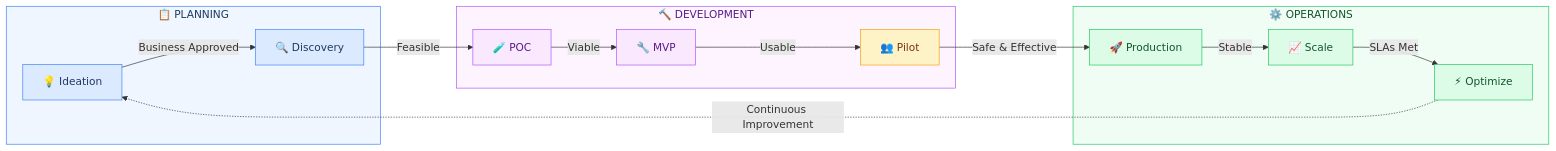
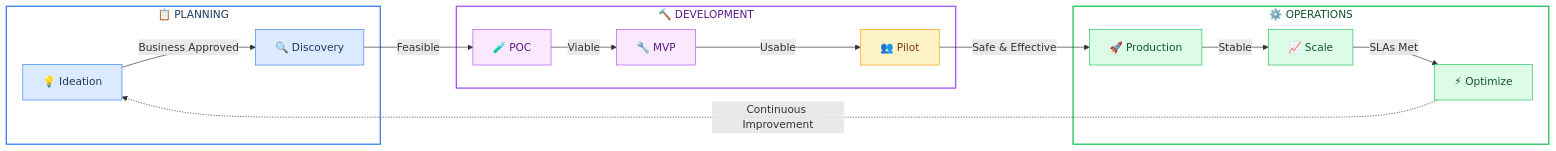
One commit to asq-sheriff/AI-Production-Checklist changed the first of 2 diagrams in README.md. Above: the diagram before and after it, drawn with Mermaid.

Commit message:
Make phase backgrounds transparent with visible borders
- Set fill:transparent for Planning, Development, Operations subgraphs
- Keep colored borders (blue, purple, green) with 2px stroke width
- Improves readability while maintaining visual grouping

🤖 Generated with [Claude Code](https://claude.com/claude-code)

````diff
--- a/README.md
+++ b/README.md
@@ -150,41 +150,41 @@
 ```mermaid
 flowchart LR
     subgraph Planning["📋 PLANNING"]
         S1[💡 Ideation]
         S2[🔍 Discovery]
     end
 
     subgraph Development["🔨 DEVELOPMENT"]
         S3[🧪 POC]
         S4[🔧 MVP]
         S5[👥 Pilot]
     end
 
     subgraph Operations["⚙️ OPERATIONS"]
         S6[🚀 Production]
         S7[📈 Scale]
         S8[⚡ Optimize]
     end
 
     S1 -->|Business Approved| S2
     S2 -->|Feasible| S3
     S3 -->|Viable| S4
     S4 -->|Usable| S5
     S5 -->|Safe & Effective| S6
     S6 -->|Stable| S7
     S7 -->|SLAs Met| S8
     S8 -.->|Continuous Improvement| S1
 
     style S1 fill:#dbeafe,stroke:#3b82f6,color:#1e3a5f
     style S2 fill:#dbeafe,stroke:#3b82f6,color:#1e3a5f
     style S3 fill:#fae8ff,stroke:#a855f7,color:#581c87
     style S4 fill:#fae8ff,stroke:#a855f7,color:#581c87
     style S5 fill:#fef3c7,stroke:#f59e0b,color:#78350f
     style S6 fill:#dcfce7,stroke:#22c55e,color:#14532d
     style S7 fill:#dcfce7,stroke:#22c55e,color:#14532d
     style S8 fill:#dcfce7,stroke:#22c55e,color:#14532d
 
-    style Planning fill:#eff6ff,stroke:#3b82f6,color:#1e3a5f
-    style Development fill:#fdf4ff,stroke:#a855f7,color:#581c87
-    style Operations fill:#f0fdf4,stroke:#22c55e,color:#14532d
+    style Planning fill:transparent,stroke:#3b82f6,stroke-width:2px,color:#1e3a5f
+    style Development fill:transparent,stroke:#a855f7,stroke-width:2px,color:#581c87
+    style Operations fill:transparent,stroke:#22c55e,stroke-width:2px,color:#14532d
 ```
````
